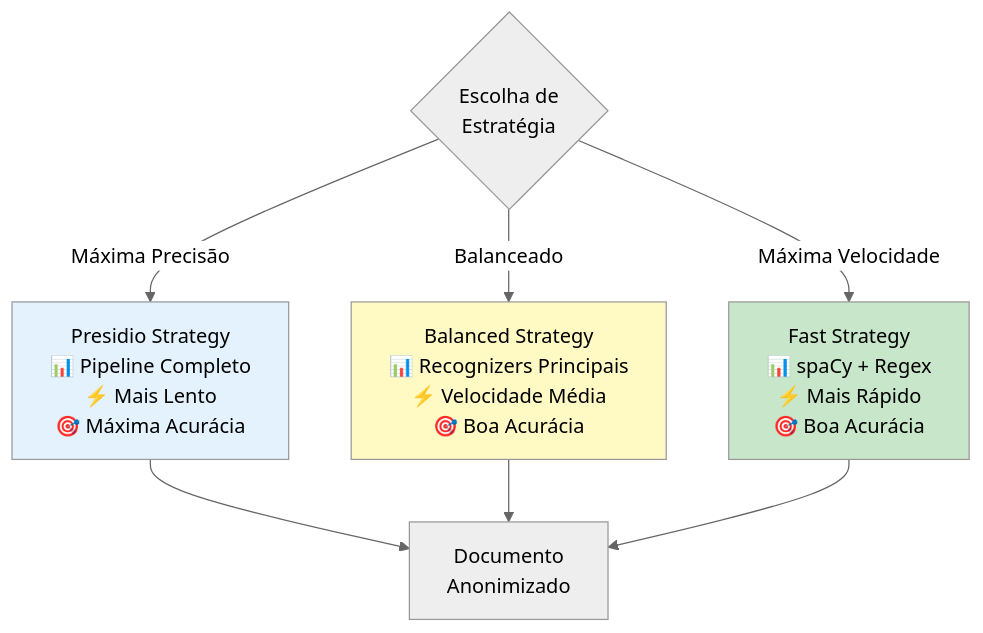
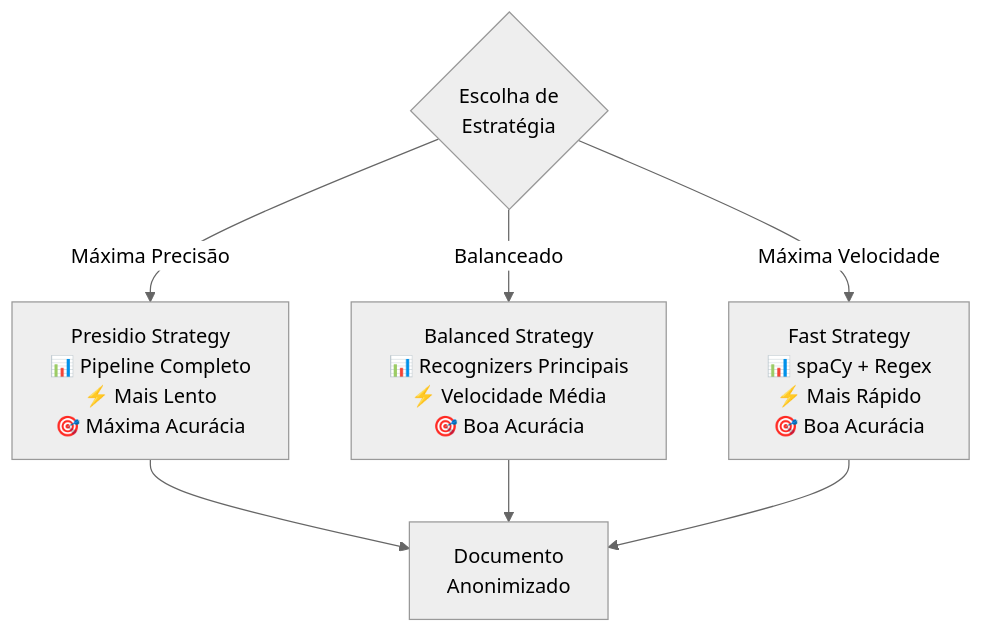
Diagram 17 of 24 in docs/diagrams.md (AnonShield/anonshield), drawn with Mermaid (neutral theme) before and after one commit. The commit also changed other lines of this file, not shown here.

First line of the commit message:
Remove style definitions from diagrams

````diff
--- a/docs/diagrams.md
+++ b/docs/diagrams.md
@@ -967,18 +924,15 @@
 ```mermaid
 graph TD
     Start{Escolha de<br/>Estratégia}
     
     Start -->|Máxima Precisão| Presidio[Presidio Strategy<br/>📊 Pipeline Completo<br/>⚡ Mais Lento<br/>🎯 Máxima Acurácia]
     
     Start -->|Balanceado| Balanced[Balanced Strategy<br/>📊 Recognizers Principais<br/>⚡ Velocidade Média<br/>🎯 Boa Acurácia]
     
     Start -->|Máxima Velocidade| Fast[Fast Strategy<br/>📊 spaCy + Regex<br/>⚡ Mais Rápido<br/>🎯 Boa Acurácia]
     
     Presidio --> Result[Documento<br/>Anonimizado]
     Balanced --> Result
     Fast --> Result
-    
-    style Presidio fill:#e3f2fd
-    style Balanced fill:#fff9c4
-    style Fast fill:#c8e6c9
+
 ```
````
